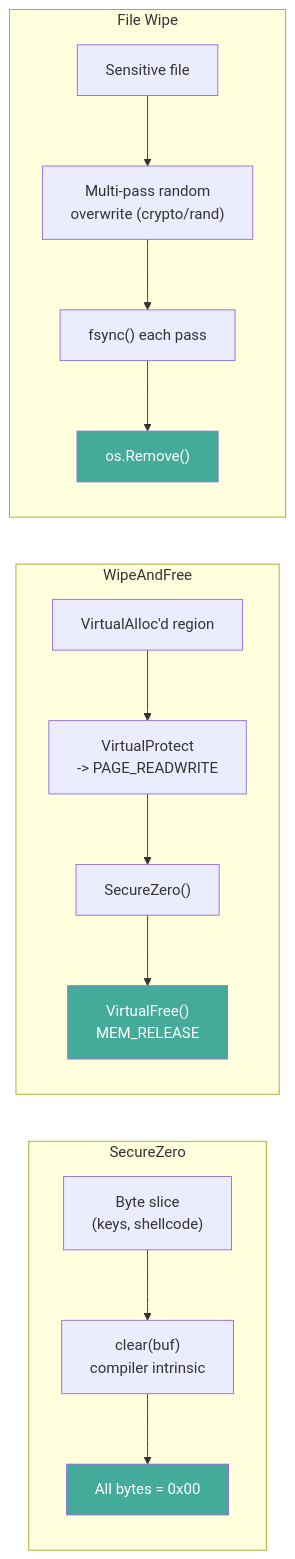
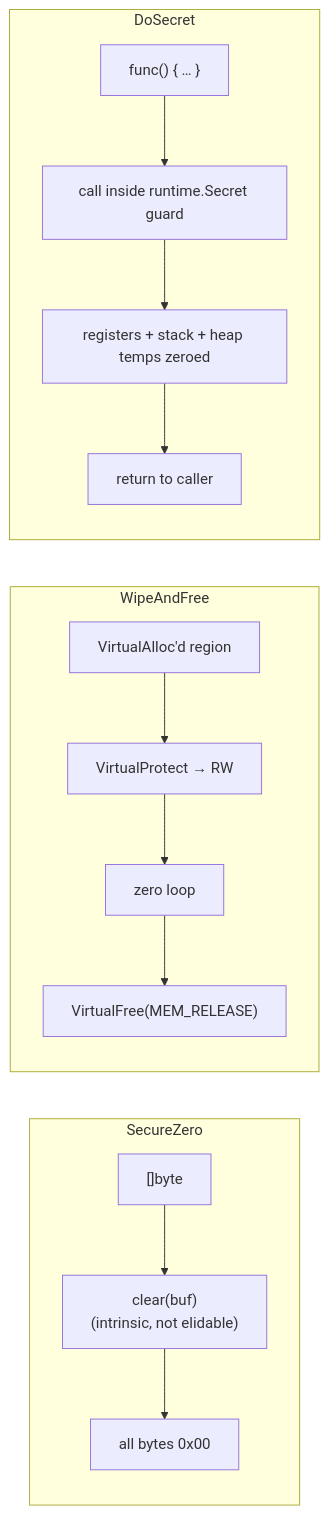
The diagram in docs/techniques/cleanup/memory-wipe.md (oioio-space/maldev), drawn with Mermaid before and after one commit. The commit also changed other lines of this file and 22 other files, not shown here.

````diff
--- a/docs/techniques/cleanup/memory-wipe.md
+++ b/docs/techniques/cleanup/memory-wipe.md
@@ -25,23 +40,17 @@
 ```mermaid
 flowchart LR
-    subgraph "SecureZero"
-        BUF["Byte slice\n(keys, shellcode)"] --> CLEAR["clear(buf)\ncompiler intrinsic"]
-        CLEAR --> ZEROED["All bytes = 0x00"]
+    subgraph SecureZero
+        BUF["[]byte"] --> CLEAR["clear(buf)<br/>(intrinsic, not elidable)"]
+        CLEAR --> ZEROED["all bytes 0x00"]
     end
-
-    subgraph "WipeAndFree"
-        ADDR["VirtualAlloc'd region"] --> PROTECT["VirtualProtect\n-> PAGE_READWRITE"]
-        PROTECT --> ZERO["SecureZero()"]
-        ZERO --> FREE["VirtualFree()\nMEM_RELEASE"]
+    subgraph WipeAndFree
+        VA["VirtualAlloc'd region"] --> PROT["VirtualProtect → RW"]
+        PROT --> WRITE["zero loop"]
+        WRITE --> FREE["VirtualFree(MEM_RELEASE)"]
     end
-
-    subgraph "File Wipe"
-        FILE["Sensitive file"] --> OVERWRITE["Multi-pass random\noverwrite (crypto/rand)"]
-        OVERWRITE --> SYNC["fsync() each pass"]
-        SYNC --> DELETE["os.Remove()"]
+    subgraph DoSecret
+        FN["func() { … }"] --> RUN["call inside runtime.Secret guard"]
+        RUN --> ERASE["registers + stack + heap temps zeroed"]
+        ERASE --> RET["return to caller"]
     end
-
-    style ZEROED fill:#4a9,color:#fff
-    style FREE fill:#4a9,color:#fff
-    style DELETE fill:#4a9,color:#fff
 ```
````
